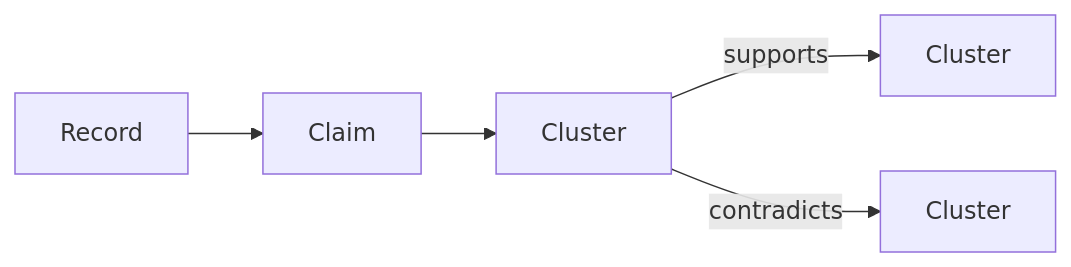
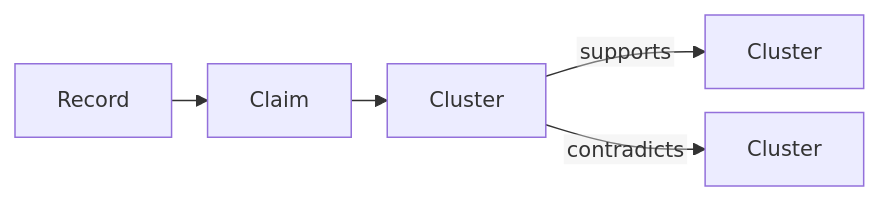
The second of 2 diagrams in posts/atlas.mdx (MonikaDvorackova/monikadvorackova.net), drawn with Mermaid before and after one commit. The commit also changed other lines of this file and 8 other files, not shown here.

````diff
--- a/posts/atlas.mdx
+++ b/posts/atlas.mdx
@@ -231,9 +253,8 @@
 ```mermaid
-graph LR
-
-R[Record] --> C[Claim]
-C --> CL[Cluster]
-
-CL -->|supports| CL2[Cluster]
-CL -->|contradicts| CL3[Cluster]
+%%{init: {"themeVariables": {"fontSize": "14px"}, "flowchart": {"htmlLabels": false, "nodeSpacing": 16, "rankSpacing": 24, "padding": 14}}}%%
+flowchart LR
+  %% Minimal view (avoid clipped subgraph labels at small size)
+  R[Record] --> C[Claim] --> CL[Cluster]
+  CL -->|supports| CL2[Cluster]
+  CL -->|contradicts| CL3[Cluster]
 ```
````
